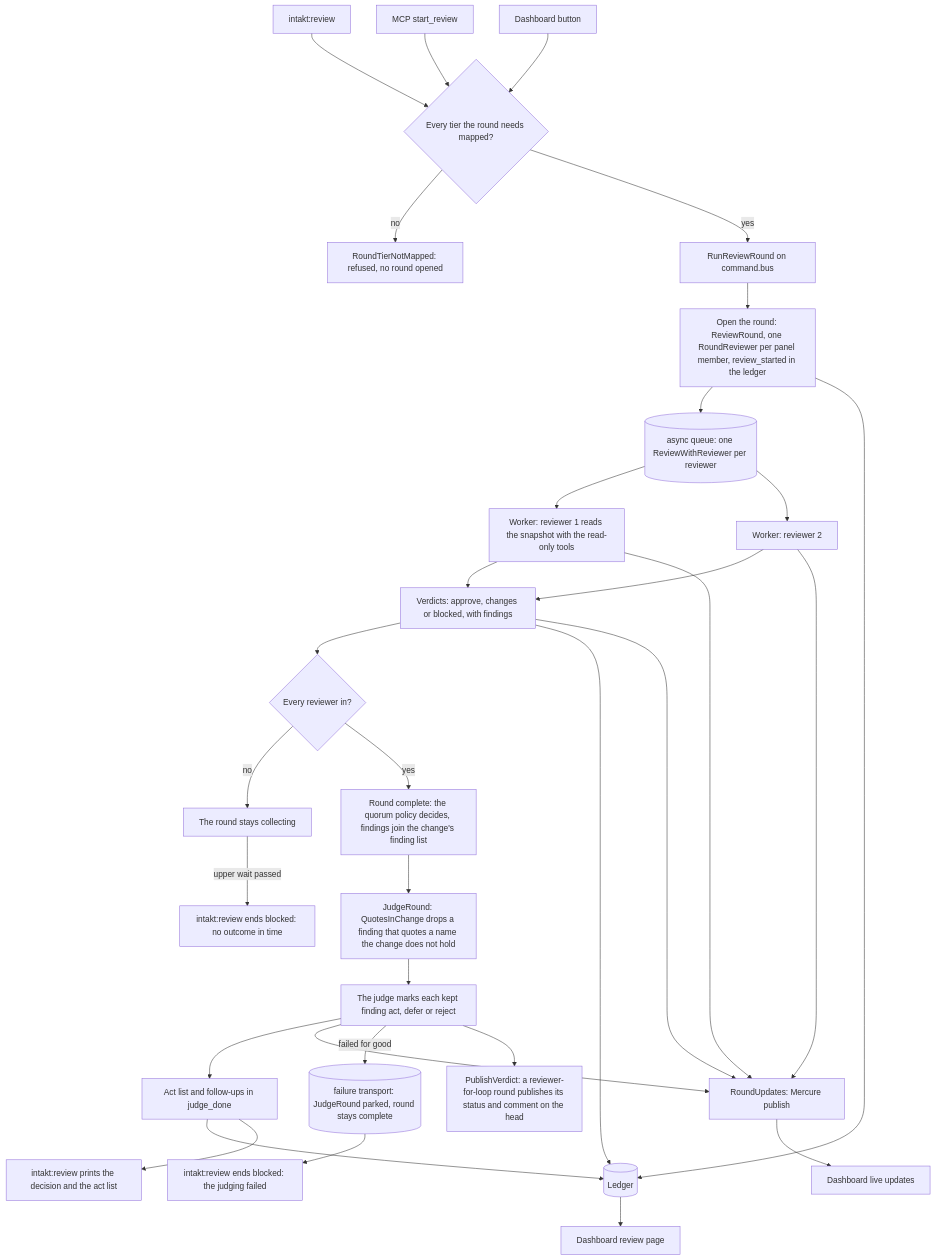
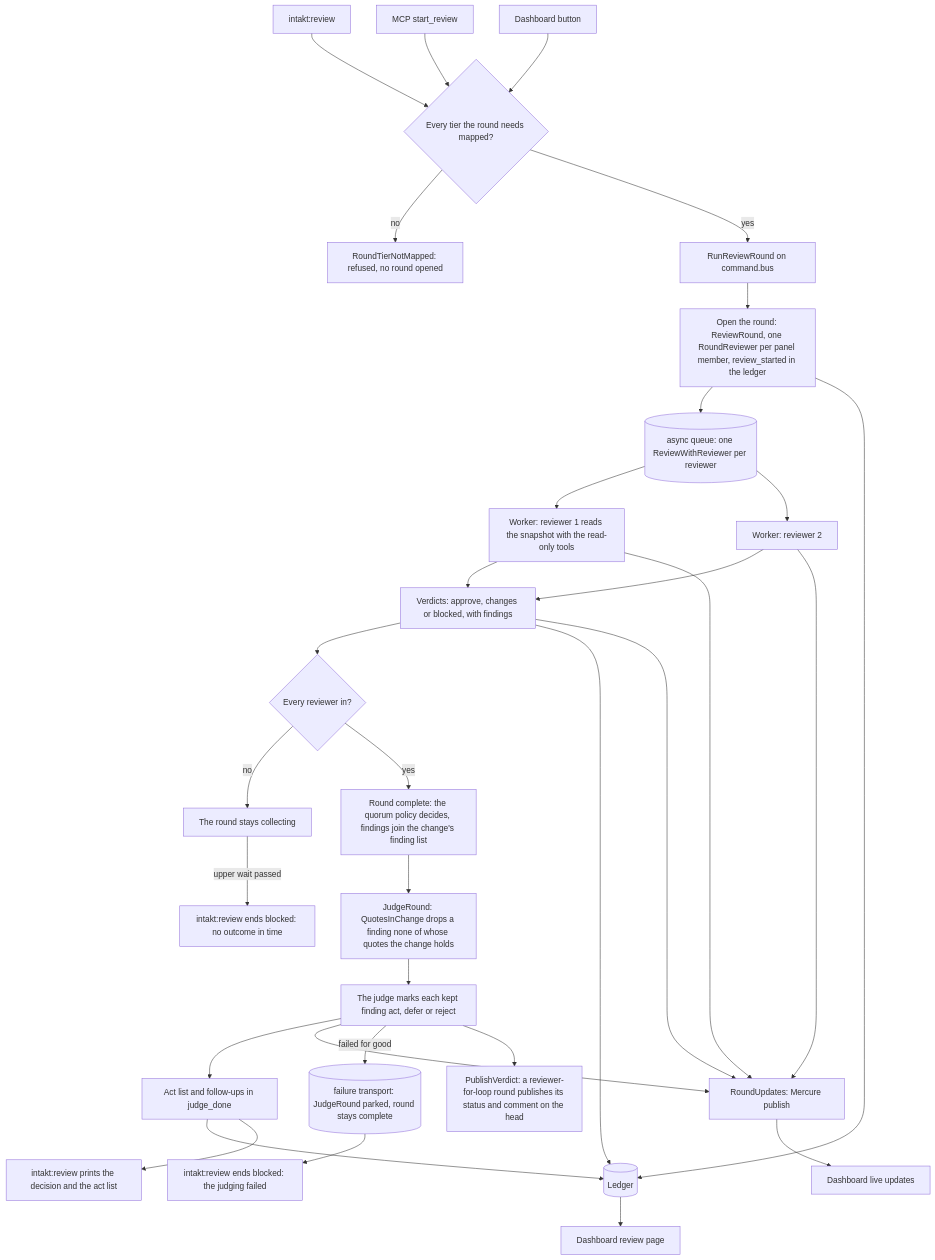
One commit to shinyredapples/intakt changed the diagram in docs/architecture/review-flow.md. Above: the diagram before and after it, drawn with Mermaid. The commit also changed other lines of this file and 4 other files, not shown here.

````diff
--- a/docs/architecture/review-flow.md
+++ b/docs/architecture/review-flow.md
@@ -5,33 +5,33 @@
 ```mermaid
 flowchart TD
     cli["intakt:review"] --> start
     mcp["MCP start_review"] --> start
     btn["Dashboard button"] --> start
     start{"Every tier the round needs mapped?"} -->|no| refused["RoundTierNotMapped: refused, no round opened"]
     start -->|yes| run["RunReviewRound on command.bus"] --> open["Open the round: ReviewRound, one RoundReviewer per panel member, review_started in the ledger"]
     open --> queue[("async queue: one ReviewWithReviewer per reviewer")]
     queue --> w1["Worker: reviewer 1 reads the snapshot with the read-only tools"]
     queue --> w2["Worker: reviewer 2"]
     w1 --> verdicts["Verdicts: approve, changes or blocked, with findings"]
     w2 --> verdicts
     verdicts --> complete{"Every reviewer in?"}
     complete -->|no| wait["The round stays collecting"]
     complete -->|yes| quorum["Round complete: the quorum policy decides, findings join the change's finding list"]
-    quorum --> quotes["JudgeRound: QuotesInChange drops a finding that quotes a name the change does not hold"]
+    quorum --> quotes["JudgeRound: QuotesInChange drops a finding none of whose quotes the change holds"]
     quotes --> judge["The judge marks each kept finding act, defer or reject"]
     judge --> act["Act list and follow-ups in judge_done"]
     act --> ledger[("Ledger")]
     open --> ledger
     verdicts --> ledger
     ledger --> dash["Dashboard review page"]
     w1 --> updates["RoundUpdates: Mercure publish"]
     w2 --> updates
     verdicts --> updates
     judge --> updates
     updates --> live["Dashboard live updates"]
     act --> out["intakt:review prints the decision and the act list"]
     judge -->|failed for good| failed[("failure transport: JudgeRound parked, round stays complete")]
     failed --> outFailed["intakt:review ends blocked: the judging failed"]
     wait -->|upper wait passed| outLate["intakt:review ends blocked: no outcome in time"]
     judge --> publish["PublishVerdict: a reviewer-for-loop round publishes its status and comment on the head"]
 ```
````
